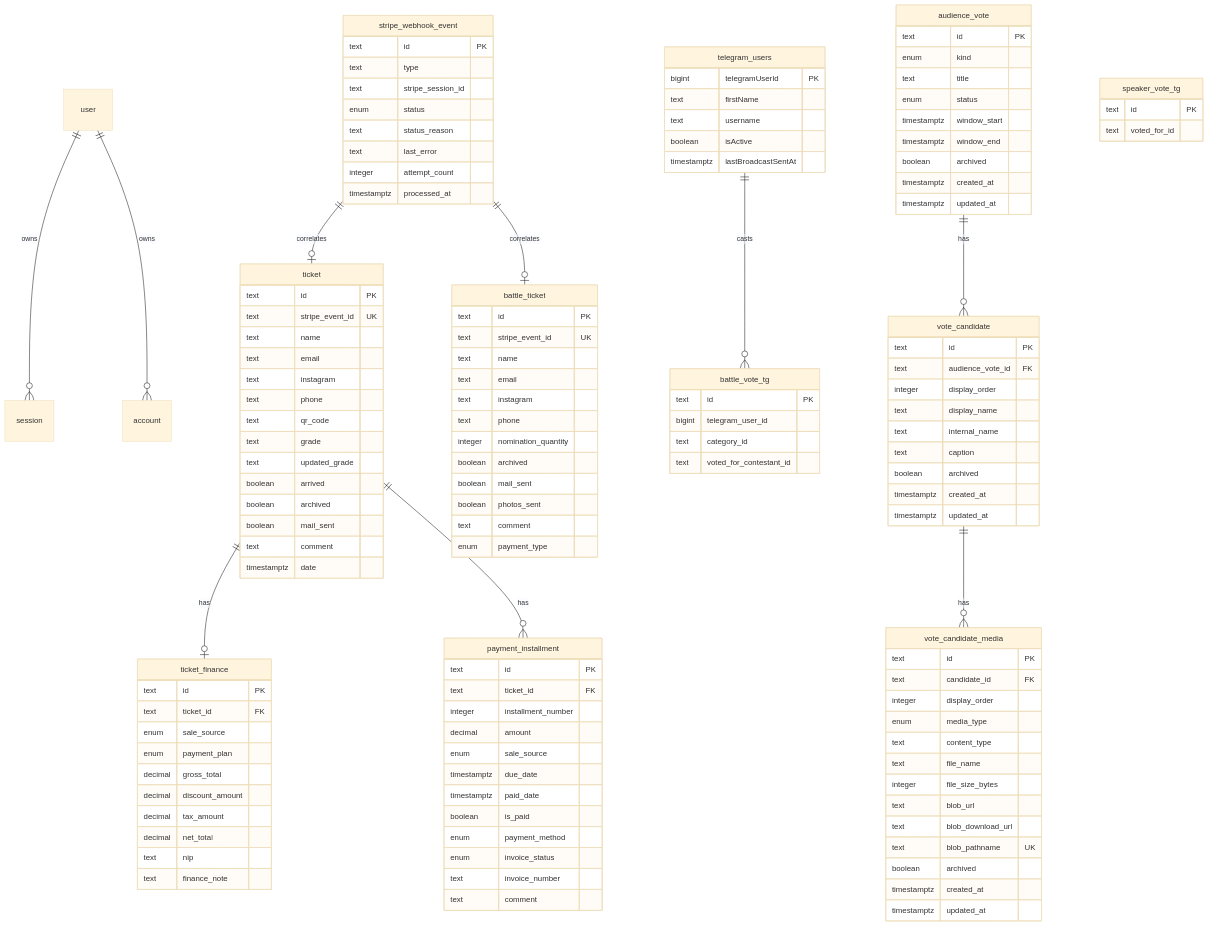
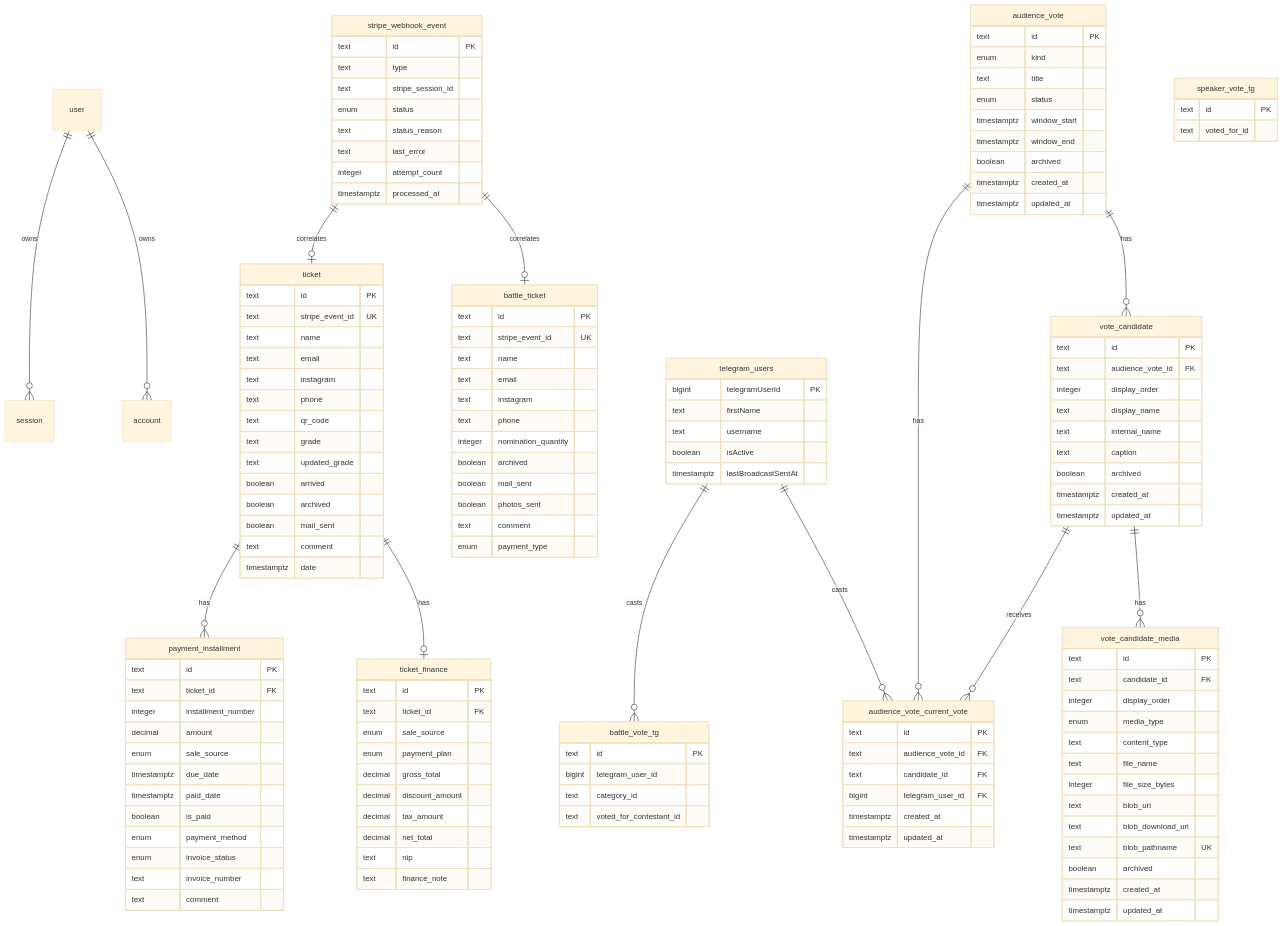
One commit to serhiihaniuk/nailmoment-dashboard changed the diagram in docs/data-model.md. Above: the diagram before and after it, drawn with Mermaid (base theme). The commit also changed other lines of this file and 16 other files, not shown here.

Commit message:
Implement audience vote aggregate results

```diff
--- a/docs/data-model.md
+++ b/docs/data-model.md
@@ -19,8 +19,11 @@
   stripe_webhook_event ||--o| battle_ticket : correlates
 
   telegram_users ||--o{ battle_vote_tg : casts
+  telegram_users ||--o{ audience_vote_current_vote : casts
   audience_vote ||--o{ vote_candidate : has
+  audience_vote ||--o{ audience_vote_current_vote : has
   vote_candidate ||--o{ vote_candidate_media : has
+  vote_candidate ||--o{ audience_vote_current_vote : receives
 
   ticket {
     text id PK
@@ -148,6 +151,15 @@
     timestamptz updated_at
   }
 
+  audience_vote_current_vote {
+    text id PK
+    text audience_vote_id FK
+    text candidate_id FK
+    bigint telegram_user_id FK
+    timestamptz created_at
+    timestamptz updated_at
+  }
+
   speaker_vote_tg {
     text id PK
     text voted_for_id
```
